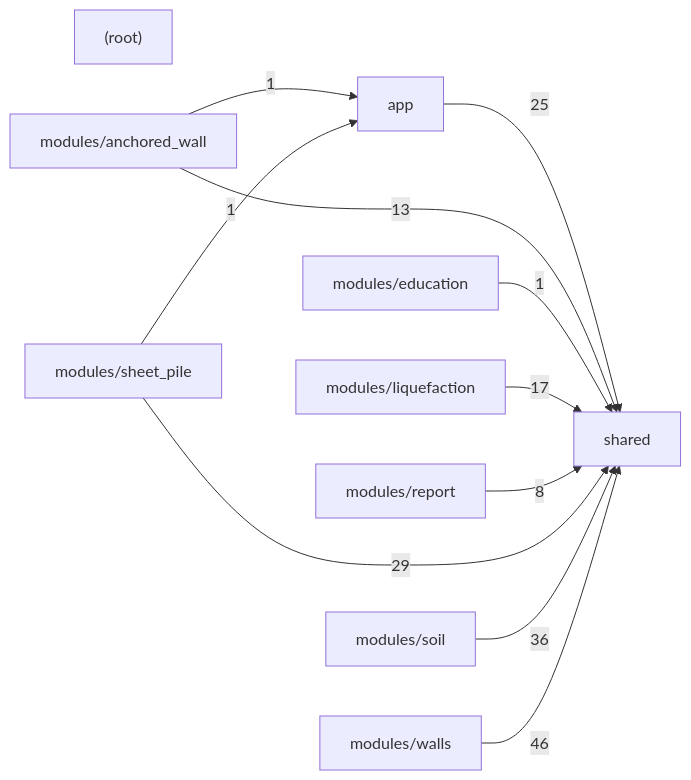
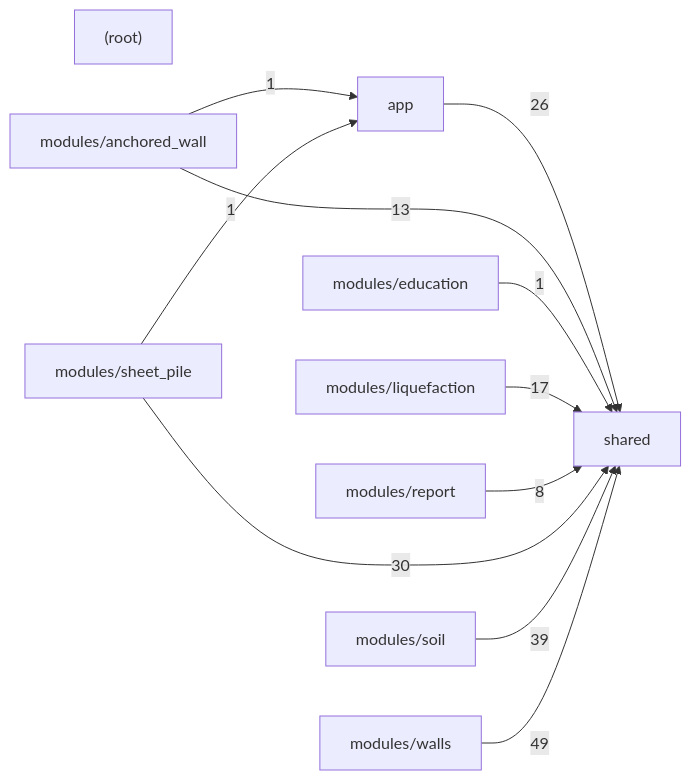
One commit to umutsertkaya/Foundation_Engineering_Program changed the second of 2 diagrams in docs/CODE_MAP.md. Above: the diagram before and after it, drawn with Mermaid. The commit also changed other lines of this file, not shown here.

````diff
--- a/docs/CODE_MAP.md
+++ b/docs/CODE_MAP.md
@@ -611,23 +611,23 @@
 ```mermaid
 graph LR
   _root_["(root)"]
   app["app"]
   modules_anchored_wall["modules/anchored_wall"]
   modules_education["modules/education"]
   modules_liquefaction["modules/liquefaction"]
   modules_report["modules/report"]
   modules_sheet_pile["modules/sheet_pile"]
   modules_soil["modules/soil"]
   modules_walls["modules/walls"]
   shared["shared"]
-  app -->|25| shared
+  app -->|26| shared
   modules_anchored_wall -->|1| app
   modules_anchored_wall -->|13| shared
   modules_education -->|1| shared
   modules_liquefaction -->|17| shared
   modules_report -->|8| shared
   modules_sheet_pile -->|1| app
-  modules_sheet_pile -->|29| shared
-  modules_soil -->|36| shared
-  modules_walls -->|46| shared
+  modules_sheet_pile -->|30| shared
+  modules_soil -->|39| shared
+  modules_walls -->|49| shared
 ```
````
